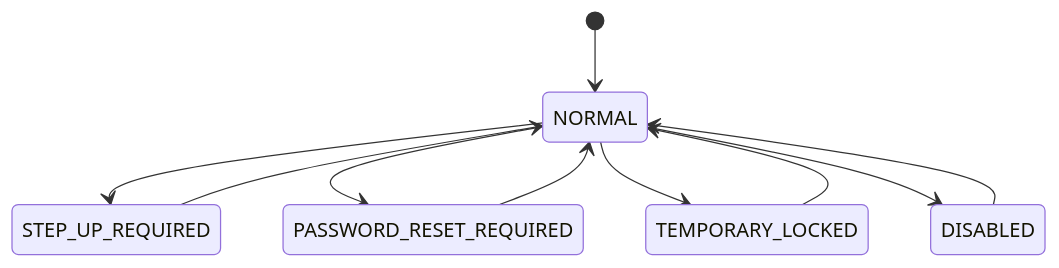
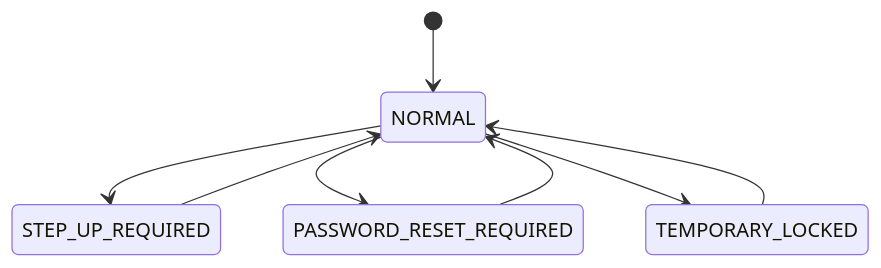
Before and after one commit to sxyq/mastergoods: the fourth of 6 diagrams in docs/system-design/01-账户与身份/06-账号状态与商户成员关系.md, drawn with Mermaid. The commit also changed other lines of this file and 10 other files, not shown here.

````diff
--- a/docs/system-design/01-账户与身份/06-账号状态与商户成员关系.md
+++ b/docs/system-design/01-账户与身份/06-账号状态与商户成员关系.md
@@ -183,15 +171,12 @@
 ```mermaid
 stateDiagram-v2
     [*] --> NORMAL
 
     NORMAL --> STEP_UP_REQUIRED
     NORMAL --> PASSWORD_RESET_REQUIRED
     NORMAL --> TEMPORARY_LOCKED
-    NORMAL --> DISABLED
 
     STEP_UP_REQUIRED --> NORMAL
     PASSWORD_RESET_REQUIRED --> NORMAL
     TEMPORARY_LOCKED --> NORMAL
-
-    DISABLED --> NORMAL
 ```
````
